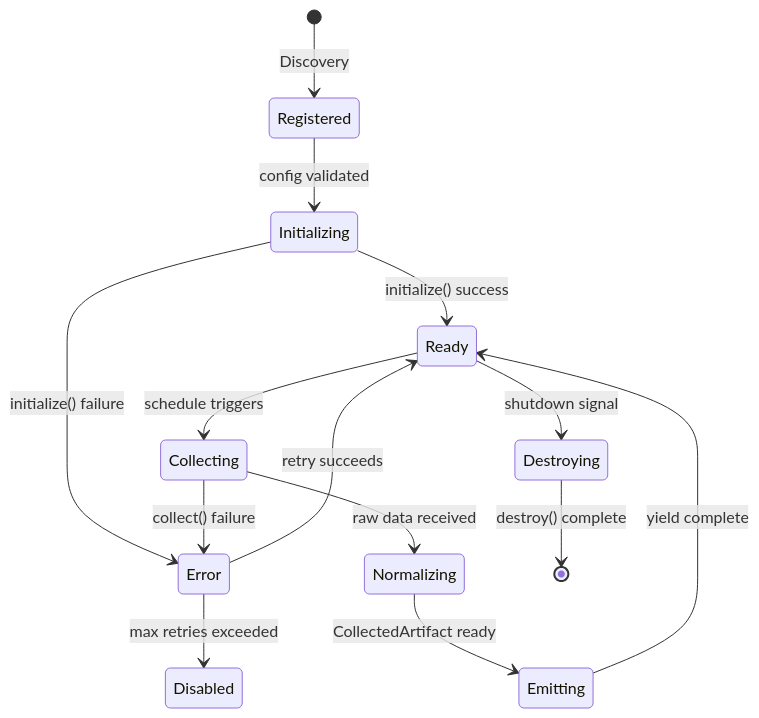
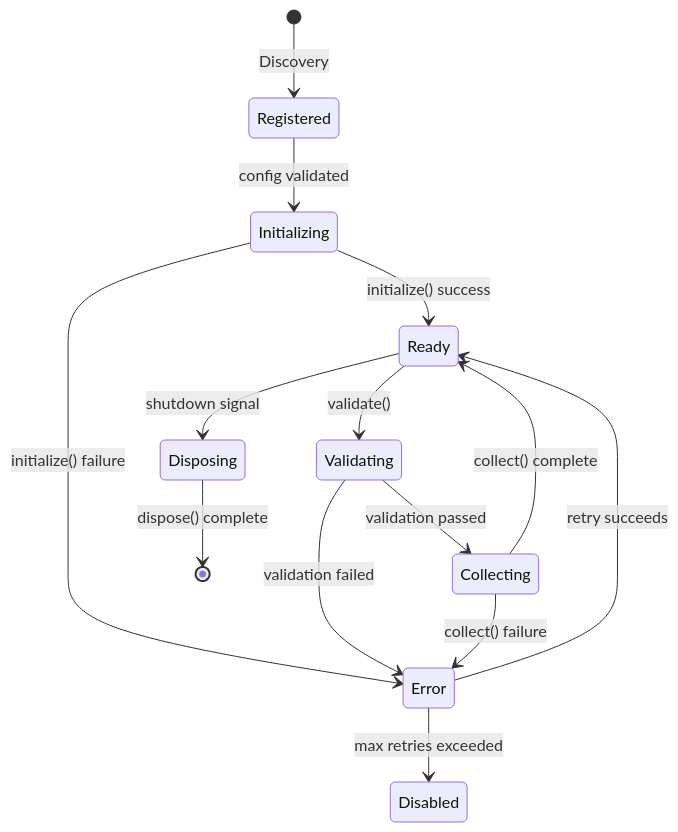
One commit to Talomia/Recurrsive changed the third of 10 diagrams in docs/ARCHITECTURE.md. Above: the diagram before and after it, drawn with Mermaid. The commit also changed other lines of this file and 10 other files, not shown here.

````diff
--- a/docs/ARCHITECTURE.md
+++ b/docs/ARCHITECTURE.md
@@ -590,16 +600,16 @@
 ```mermaid
 stateDiagram-v2
     [*] --> Registered: Discovery
     Registered --> Initializing: config validated
     Initializing --> Ready: initialize() success
     Initializing --> Error: initialize() failure
-    Ready --> Collecting: schedule triggers
-    Collecting --> Normalizing: raw data received
-    Normalizing --> Emitting: CollectedArtifact ready
-    Emitting --> Ready: yield complete
+    Ready --> Validating: validate()
+    Validating --> Collecting: validation passed
+    Validating --> Error: validation failed
+    Collecting --> Ready: collect() complete
     Collecting --> Error: collect() failure
     Error --> Ready: retry succeeds
     Error --> Disabled: max retries exceeded
-    Ready --> Destroying: shutdown signal
-    Destroying --> [*]: destroy() complete
+    Ready --> Disposing: shutdown signal
+    Disposing --> [*]: dispose() complete
 ```
````
